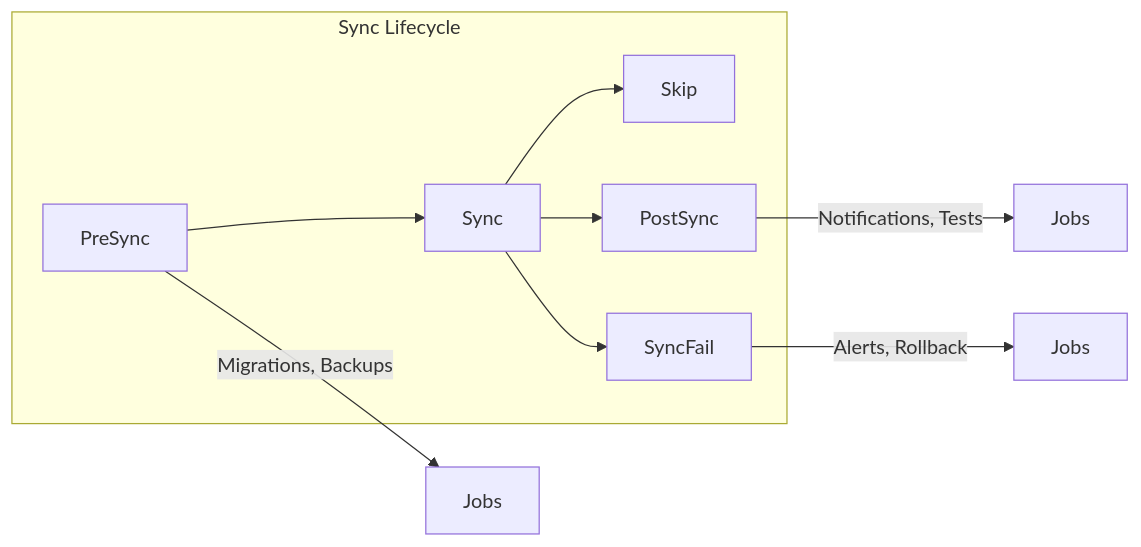
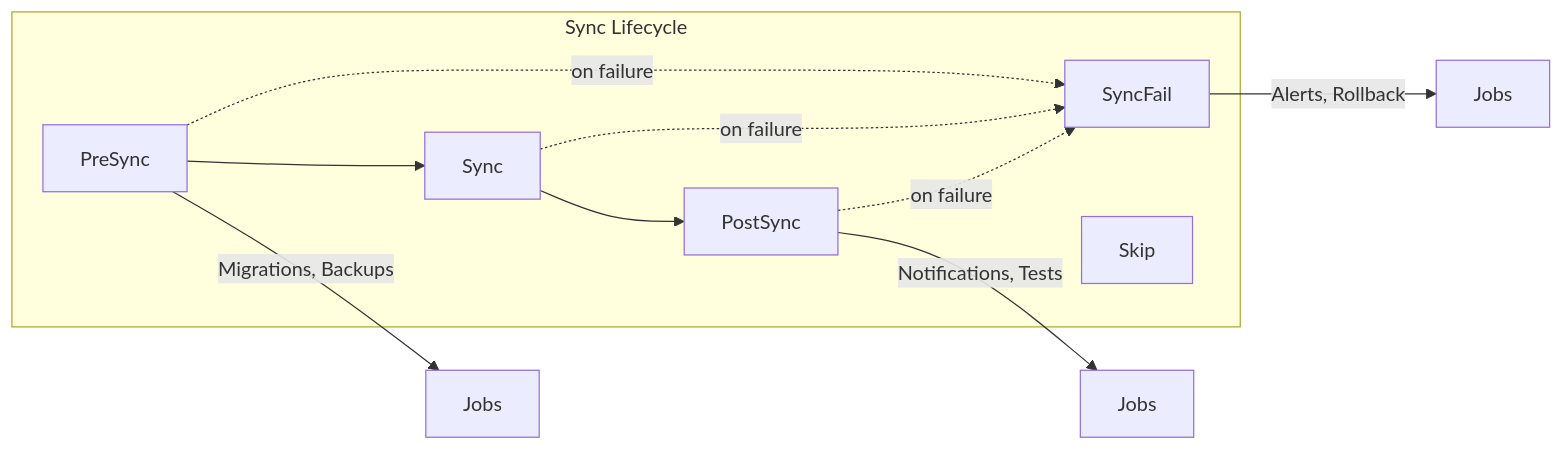
One commit to OneUptime/blog changed the diagram in posts/2026-01-25-resource-hooks-argocd/README.md. Above: the diagram before and after it, drawn with Mermaid. The commit also changed other lines of this file and 2 other files, not shown here.

````diff
--- a/posts/2026-01-25-resource-hooks-argocd/README.md
+++ b/posts/2026-01-25-resource-hooks-argocd/README.md
@@ -17,13 +17,15 @@
 ```mermaid
 flowchart LR
     subgraph Sync Lifecycle
         PreSync[PreSync] --> Sync[Sync]
-        Sync --> Skip[Skip]
         Sync --> PostSync[PostSync]
-        Sync --> SyncFail[SyncFail]
+        PreSync -. on failure .-> SyncFail[SyncFail]
+        Sync -. on failure .-> SyncFail
+        PostSync -. on failure .-> SyncFail
+        Skip[Skip]
     end
 
     PreSync --> |"Migrations, Backups"| PS1[Jobs]
     PostSync --> |"Notifications, Tests"| PS2[Jobs]
     SyncFail --> |"Alerts, Rollback"| PS3[Jobs]
 ```
````
